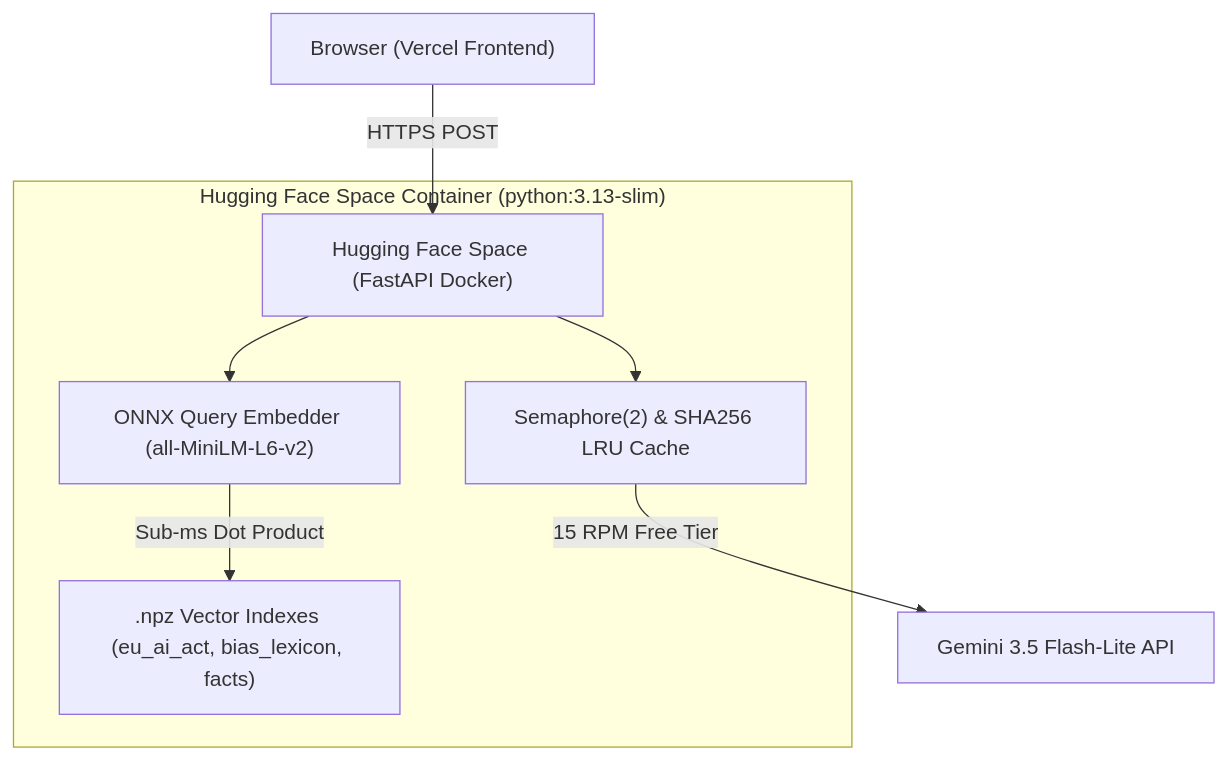
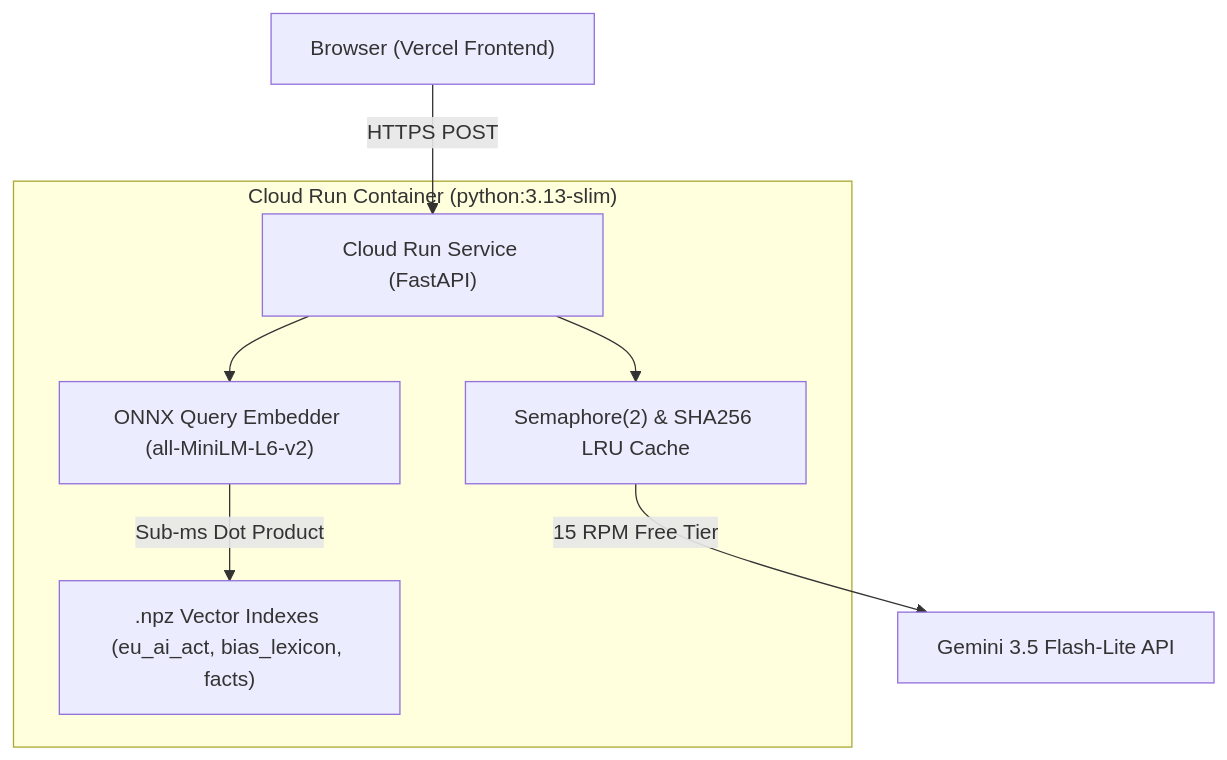
The diagram in README.md (aayeraahmad531/governance-api), drawn with Mermaid before and after one commit. The commit also changed other lines of this file and 9 other files, not shown here.

````diff
--- a/README.md
+++ b/README.md
@@ -22,10 +12,10 @@
 ```mermaid
 graph TD
-    Client["Browser (Vercel Frontend)"] -->|HTTPS POST| API["Hugging Face Space (FastAPI Docker)"]
-    subgraph Container["Hugging Face Space Container (python:3.13-slim)"]
+    Client["Browser (Vercel Frontend)"] -->|HTTPS POST| API["Cloud Run Service (FastAPI)"]
+    subgraph Container["Cloud Run Container (python:3.13-slim)"]
         API --> Embedder["ONNX Query Embedder (all-MiniLM-L6-v2)"]
         Embedder -->|Sub-ms Dot Product| Indexes[".npz Vector Indexes (eu_ai_act, bias_lexicon, facts)"]
         API --> Guard["Semaphore(2) & SHA256 LRU Cache"]
     end
     Guard -->|15 RPM Free Tier| LLM["Gemini 3.5 Flash-Lite API"]
 ```
````
